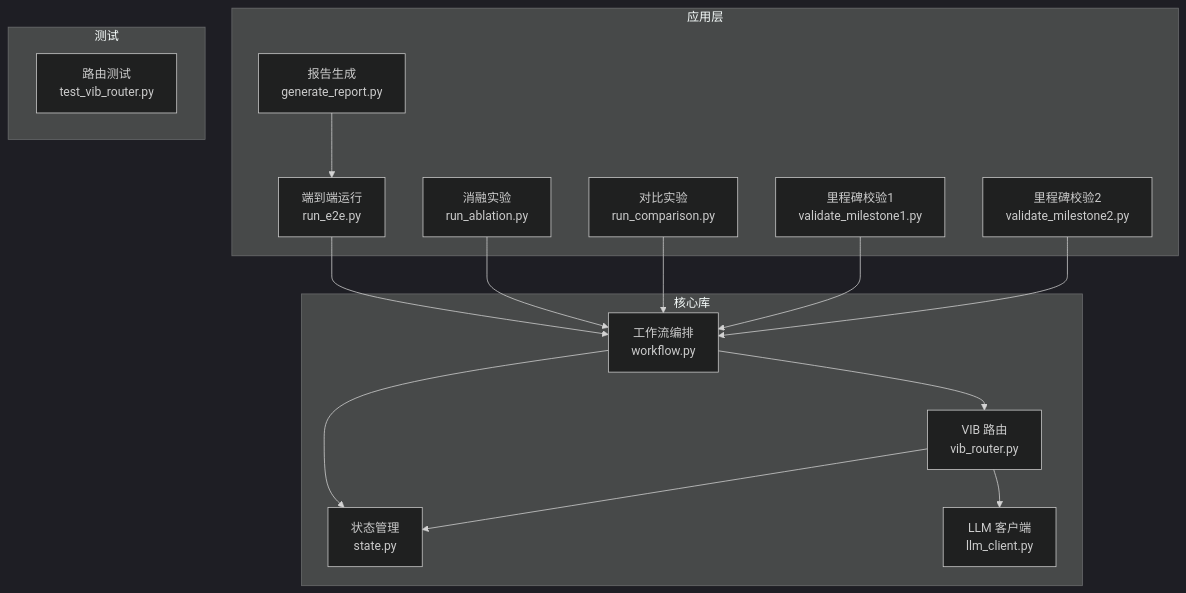
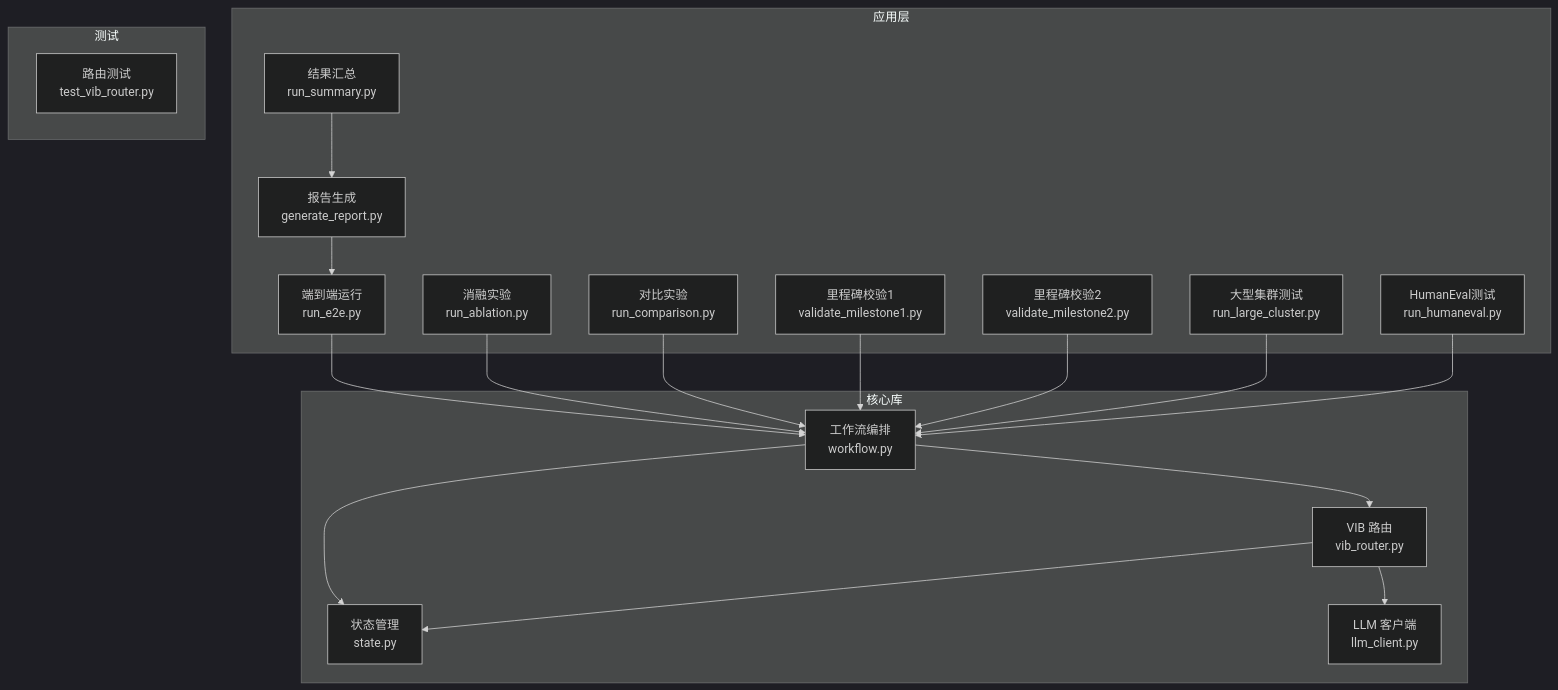
Before and after one commit to QuStarry/VIB-SparseCommunication: the first of 5 diagrams in .qoder/repowiki/zh/content/核心架构/实验框架/实验框架.md, drawn with Mermaid (dark theme). The commit also changed other lines of this file and 18 other files, not shown here.

````diff
--- a/.qoder/repowiki/zh/content/核心架构/实验框架/实验框架.md
+++ b/.qoder/repowiki/zh/content/核心架构/实验框架/实验框架.md
@@ -43,30 +52,36 @@
 ```mermaid
 graph TB
 subgraph "应用层"
 E2E["端到端运行<br/>run_e2e.py"]
 Ablation["消融实验<br/>run_ablation.py"]
 Comparison["对比实验<br/>run_comparison.py"]
 Report["报告生成<br/>generate_report.py"]
 Milestone1["里程碑校验1<br/>validate_milestone1.py"]
 Milestone2["里程碑校验2<br/>validate_milestone2.py"]
+LargeCluster["大型集群测试<br/>run_large_cluster.py"]
+Summary["结果汇总<br/>run_summary.py"]
+Humaneval["HumanEval测试<br/>run_humaneval.py"]
 end
 subgraph "核心库"
 State["状态管理<br/>state.py"]
 LLM["LLM 客户端<br/>llm_client.py"]
 Router["VIB 路由<br/>vib_router.py"]
 Workflow["工作流编排<br/>workflow.py"]
 end
 subgraph "测试"
 TestRouter["路由测试<br/>test_vib_router.py"]
 end
 E2E --> Workflow
 Ablation --> Workflow
 Comparison --> Workflow
 Report --> E2E
 Milestone1 --> Workflow
 Milestone2 --> Workflow
+LargeCluster --> Workflow
+Summary --> Report
+Humaneval --> Workflow
 Workflow --> Router
 Workflow --> State
 Router --> LLM
 Router --> State
 ```
````
